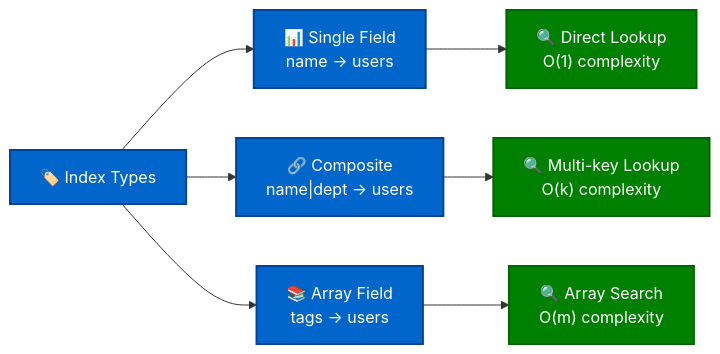
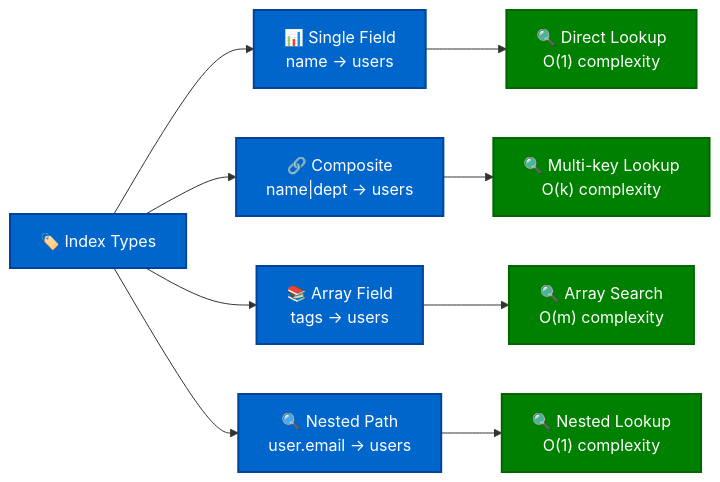
Before and after one commit to avoidwork/haro: the third of 9 diagrams in docs/TECHNICAL_DOCUMENTATION.md, drawn with Mermaid. The commit also changed other lines of this file and 3 other files, not shown here.

````diff
--- a/docs/TECHNICAL_DOCUMENTATION.md
+++ b/docs/TECHNICAL_DOCUMENTATION.md
@@ -181,16 +181,18 @@
 ```mermaid
 graph LR
     A["🏷️ Index Types"] --> B["📊 Single Field<br/>name → users"]
     A --> C["🔗 Composite<br/>name|dept → users"]
     A --> D["📚 Array Field<br/>tags → users"]
+    A --> E["🔍 Nested Path<br/>user.email → users"]
     
-    B --> E["🔍 Direct Lookup<br/>O(1) complexity"]
-    C --> F["🔍 Multi-key Lookup<br/>O(k) complexity"]
-    D --> G["🔍 Array Search<br/>O(m) complexity"]
+    B --> F["🔍 Direct Lookup<br/>O(1) complexity"]
+    C --> G["🔍 Multi-key Lookup<br/>O(k) complexity"]
+    D --> H["🔍 Array Search<br/>O(m) complexity"]
+    E --> I["🔍 Nested Lookup<br/>O(1) complexity"]
     
     classDef indexType fill:#0066CC,stroke:#004499,stroke-width:2px,color:#fff
     classDef performance fill:#008000,stroke:#006600,stroke-width:2px,color:#fff
     
-    class A,B,C,D indexType
-    class E,F,G performance
+    class A,B,C,D,E indexType
+    class F,G,H,I performance
 ```
````
